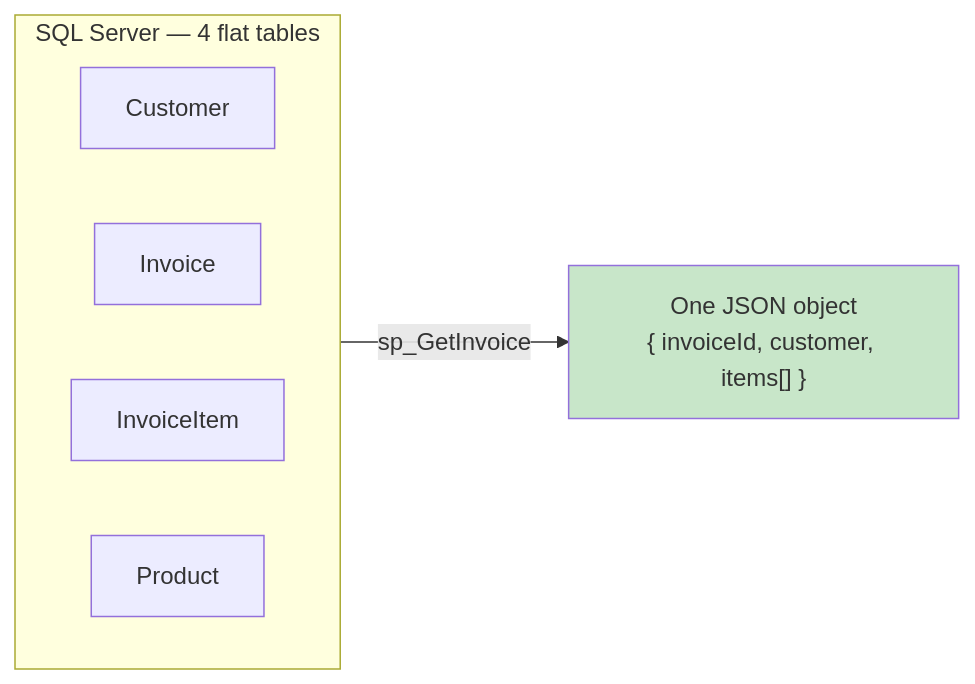
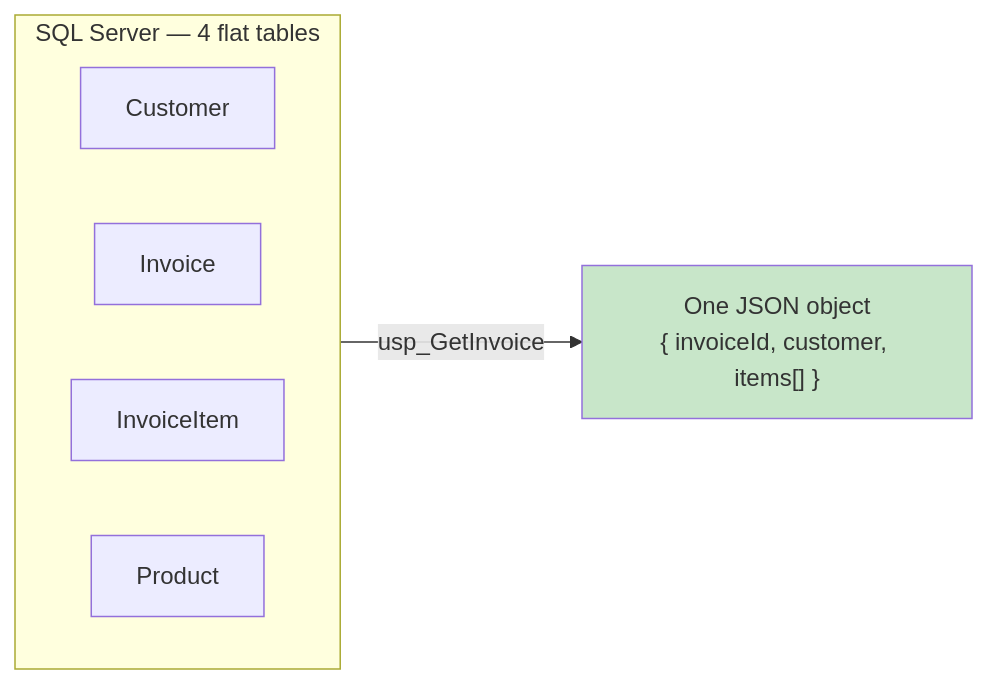
One commit to tjovic/database-design-labs-public changed the second of 6 diagrams in demos/obp-rest-demo/api/lab.md. Above: the diagram before and after it, drawn with Mermaid. The commit also changed other lines of this file and 4 other files, not shown here.

````diff
--- a/demos/obp-rest-demo/api/lab.md
+++ b/demos/obp-rest-demo/api/lab.md
@@ -121,12 +121,12 @@
 ```mermaid
 flowchart LR
     subgraph SQL["SQL Server — 4 flat tables"]
         direction LR
         Customer
         Invoice
         InvoiceItem
         Product
     end
-    SQL -->|"sp_GetInvoice"| JSON["One JSON object<br/>{ invoiceId, customer, items[] }"]
+    SQL -->|"usp_GetInvoice"| JSON["One JSON object<br/>{ invoiceId, customer, items[] }"]
     style JSON fill:#c8e6c9
 ```
````
